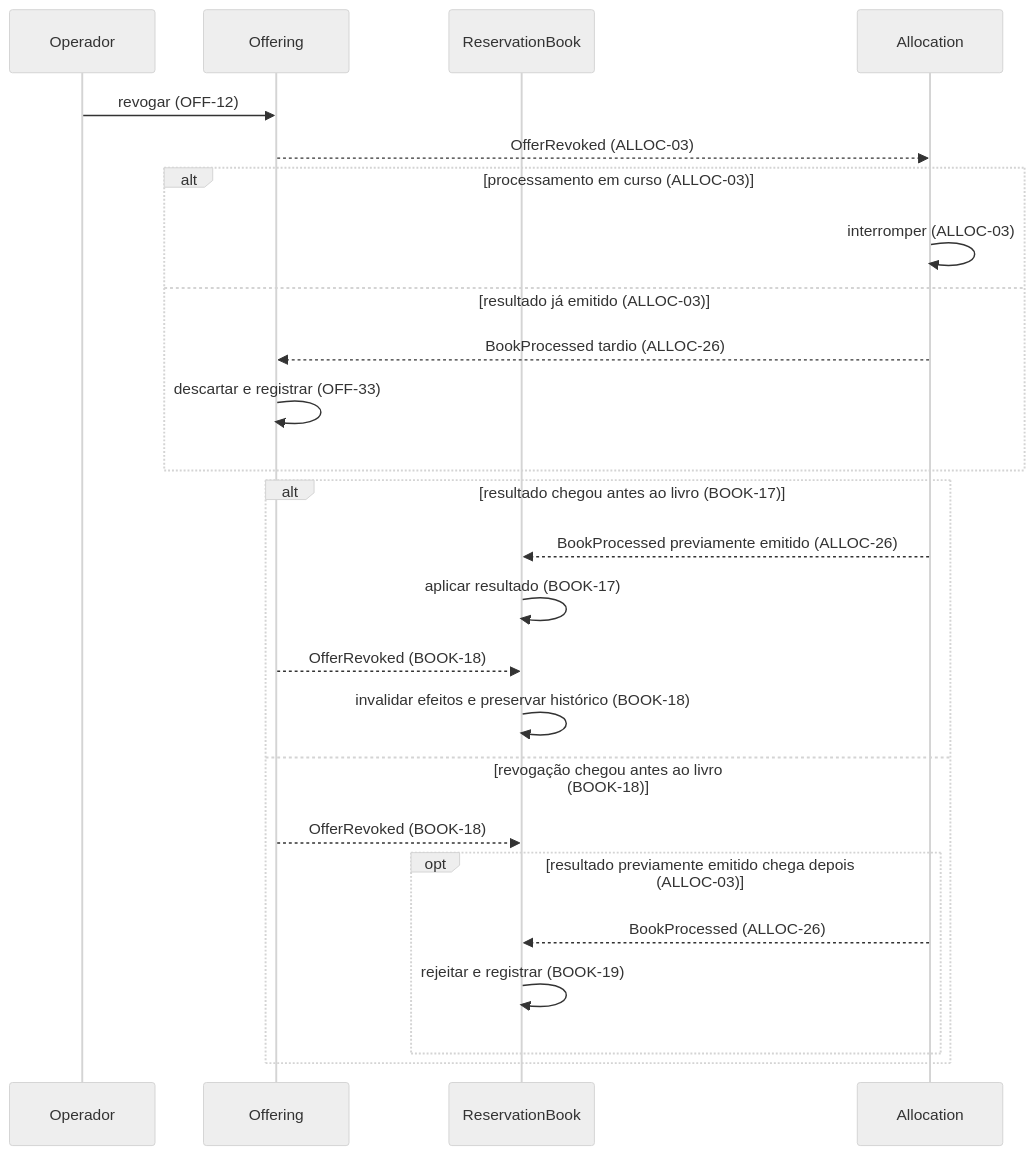
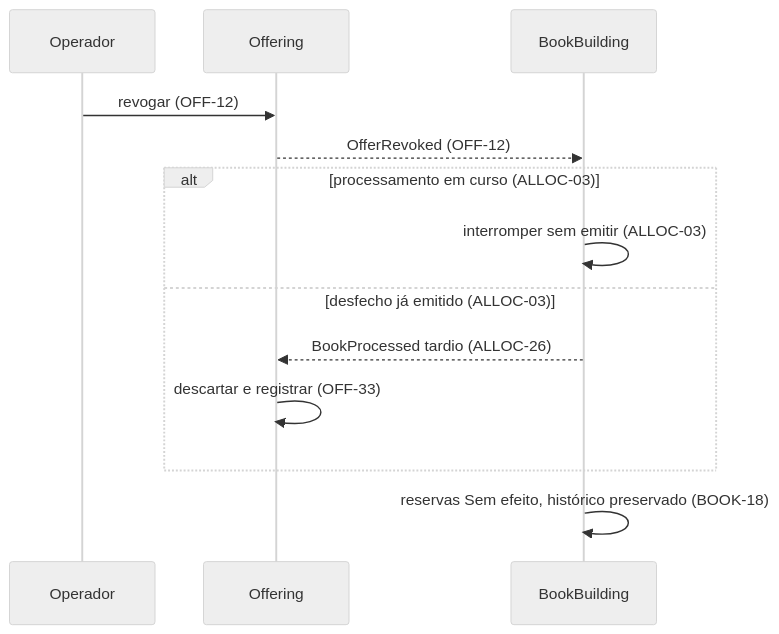
Before and after one commit to guilhermesalvi/fund-distribution-platform: the second of 2 diagrams in docs/prd/0000-platform-overview.md, drawn with Mermaid (neutral theme). The commit also changed other lines of this file and 20 other files, not shown here.

Commit message:
refactor: merge allocation into book building context

````diff
--- a/docs/prd/0000-platform-overview.md
+++ b/docs/prd/0000-platform-overview.md
@@ -72,27 +67,15 @@
 ```mermaid
 sequenceDiagram
     participant Operador
     participant Offering
-    participant ReservationBook
-    participant Allocation
+    participant BookBuilding
     Operador->>Offering: revogar (OFF-12)
-    Offering-->>Allocation: OfferRevoked (ALLOC-03)
+    Offering-->>BookBuilding: OfferRevoked (OFF-12)
     alt processamento em curso (ALLOC-03)
-        Allocation->>Allocation: interromper (ALLOC-03)
-    else resultado já emitido (ALLOC-03)
-        Allocation-->>Offering: BookProcessed tardio (ALLOC-26)
+        BookBuilding->>BookBuilding: interromper sem emitir (ALLOC-03)
+    else desfecho já emitido (ALLOC-03)
+        BookBuilding-->>Offering: BookProcessed tardio (ALLOC-26)
         Offering->>Offering: descartar e registrar (OFF-33)
     end
-    alt resultado chegou antes ao livro (BOOK-17)
-        Allocation-->>ReservationBook: BookProcessed previamente emitido (ALLOC-26)
-        ReservationBook->>ReservationBook: aplicar resultado (BOOK-17)
-        Offering-->>ReservationBook: OfferRevoked (BOOK-18)
-        ReservationBook->>ReservationBook: invalidar efeitos e preservar histórico (BOOK-18)
-    else revogação chegou antes ao livro (BOOK-18)
-        Offering-->>ReservationBook: OfferRevoked (BOOK-18)
-        opt resultado previamente emitido chega depois (ALLOC-03)
-            Allocation-->>ReservationBook: BookProcessed (ALLOC-26)
-            ReservationBook->>ReservationBook: rejeitar e registrar (BOOK-19)
-        end
-    end
+    BookBuilding->>BookBuilding: reservas Sem efeito, histórico preservado (BOOK-18)
 ```
````
